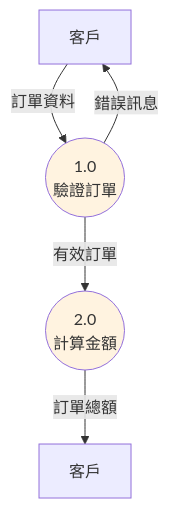
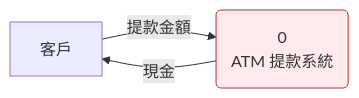
Before and after one commit to chihhung/Blog: the third of 35 diagrams in content/posts/教學/分析與設計/資料流程圖(DFD)教學.md, drawn with Mermaid. The commit also changed other lines of this file and 1 other file, not shown here.

````diff
--- a/content/posts/教學/分析與設計/資料流程圖(DFD)教學.md
+++ b/content/posts/教學/分析與設計/資料流程圖(DFD)教學.md
@@ -357,10 +447,7 @@
 ```mermaid
-graph TD
-    A[客戶] -->|訂單資料| B((1.0<br/>驗證訂單))
-    B -->|有效訂單| C((2.0<br/>計算金額))
-    B -->|錯誤訊息| A
-    C -->|訂單總額| D[客戶]
-    
-    style B fill:#fff3e0
-    style C fill:#fff3e0
+flowchart LR
+    A["客戶"] -->|提款金額| B("0<br/>ATM 提款系統")
+    B -->|現金| A
+    classDef bad fill:#ffebee,stroke:#c62828
+    class B bad
 ```
````
